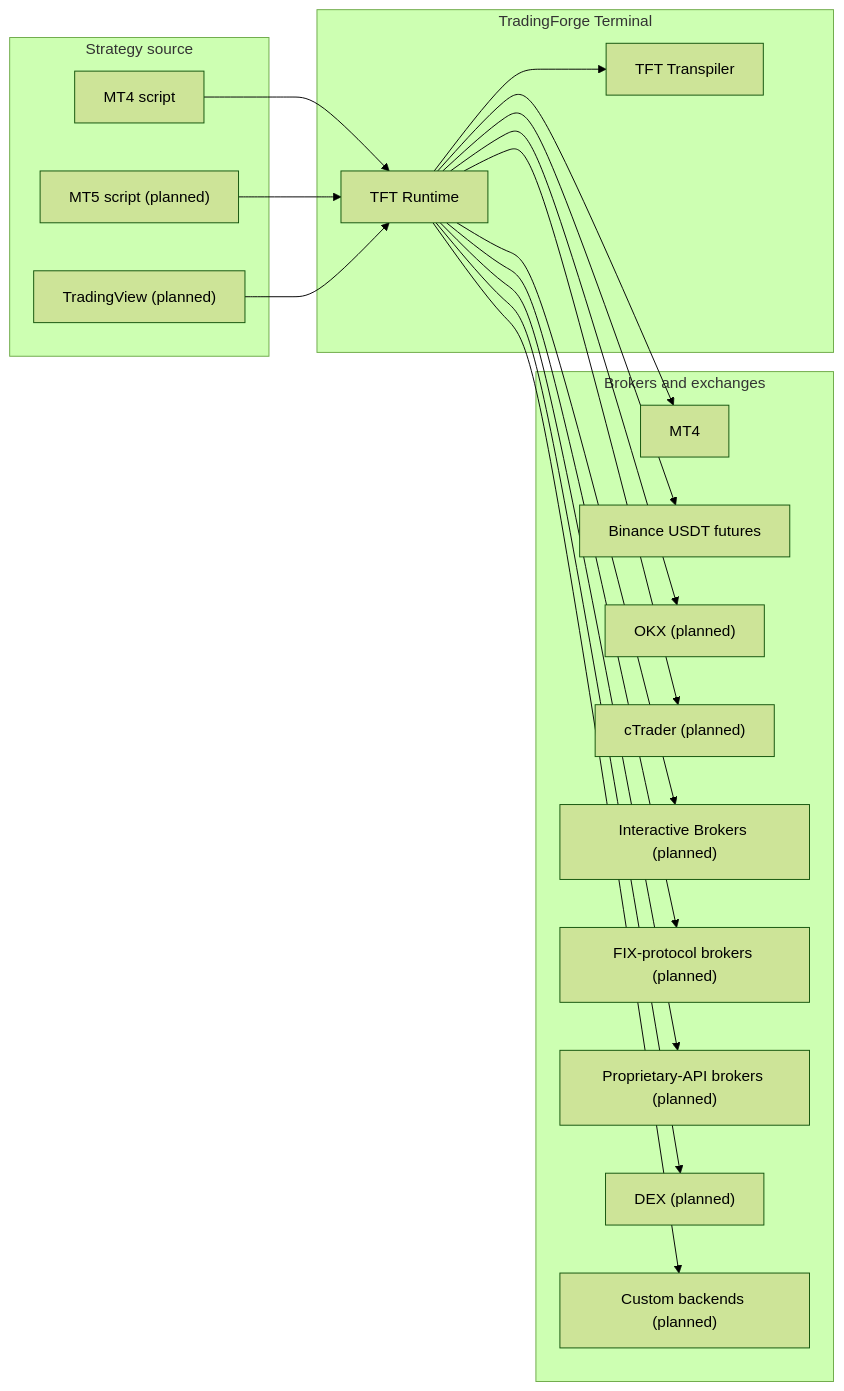
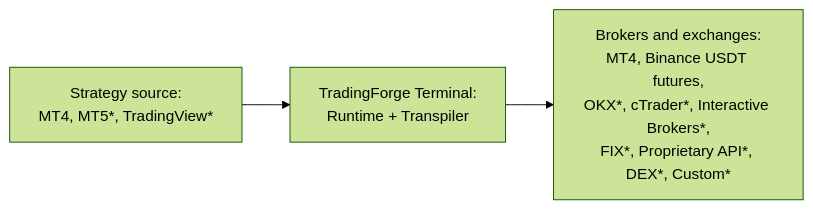
One commit to TradingForge/TFT-releases changed the diagram in README.md. Above: the diagram before and after it, drawn with Mermaid (forest theme). The commit also changed other lines of this file, not shown here.

Commit message:
docs: update README from public-repo source

````diff
--- a/README.md
+++ b/README.md
@@ -86,36 +82,4 @@
 ```mermaid
 flowchart LR
-    subgraph SRC["Strategy source"]
-        S1["MT4 script"]
-        S2["MT5 script (planned)"]
-        S3["TradingView (planned)"]
-    end
-    subgraph TFT["TradingForge Terminal"]
-        R["TFT Runtime"]
-        T["TFT Transpiler"]
-        R --> T
-    end
-    subgraph OUT["Brokers and exchanges"]
-        B1["MT4"]
-        B2["Binance USDT futures"]
-        B3["OKX (planned)"]
-        B4["cTrader (planned)"]
-        B5["Interactive Brokers (planned)"]
-        B6["FIX-protocol brokers (planned)"]
-        B7["Proprietary-API brokers (planned)"]
-        B8["DEX (planned)"]
-        B9["Custom backends (planned)"]
-    end
-    S1 --> R
-    S2 --> R
-    S3 --> R
-    R --> B1
-    R --> B2
-    R --> B3
-    R --> B4
-    R --> B5
-    R --> B6
-    R --> B7
-    R --> B8
-    R --> B9
+    SRC["Strategy source:<br/>MT4, MT5*, TradingView*"] --> TFT["TradingForge Terminal:<br/>Runtime + Transpiler"] --> OUT["Brokers and exchanges:<br/>MT4, Binance USDT futures,<br/>OKX*, cTrader*, Interactive Brokers*,<br/>FIX*, Proprietary API*, DEX*, Custom*"]
 ```
````
